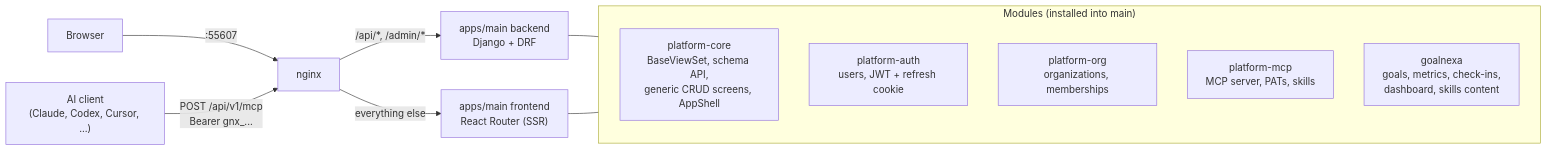
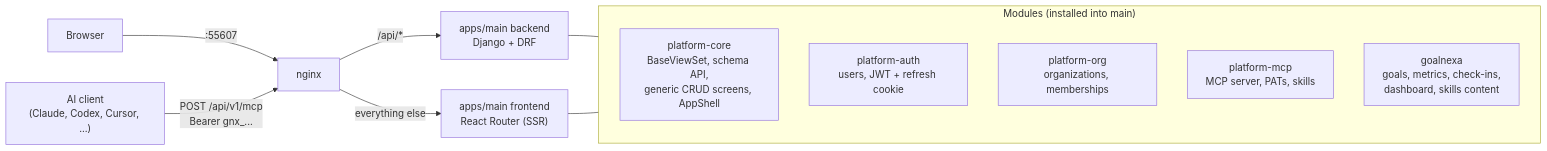
Before and after one commit to PMNexa/GoalNexa: the diagram in README.md, drawn with Mermaid. The commit also changed other lines of this file and 11 other files, not shown here.

First line of the commit message:
Remove the Django admin; healthchecks probe /api/v1/health

````diff
--- a/README.md
+++ b/README.md
@@ -142,16 +142,16 @@
 ```mermaid
 flowchart LR
   browser["Browser"] -->|":55607"| nginx
   ai["AI client<br/>(Claude, Codex, Cursor, ...)"] -->|"POST /api/v1/mcp<br/>Bearer gnx_..."| nginx
-  nginx -->|"/api/*, /admin/*"| backend["apps/main backend<br/>Django + DRF"]
+  nginx -->|"/api/*"| backend["apps/main backend<br/>Django + DRF"]
   nginx -->|"everything else"| frontend["apps/main frontend<br/>React Router (SSR)"]
   subgraph modules["Modules (installed into main)"]
     core["platform-core<br/>BaseViewSet, schema API,<br/>generic CRUD screens, AppShell"]
     auth["platform-auth<br/>users, JWT + refresh cookie"]
     org["platform-org<br/>organizations, memberships"]
     mcp["platform-mcp<br/>MCP server, PATs, skills"]
     gn["goalnexa<br/>goals, metrics, check-ins,<br/>dashboard, skills content"]
   end
   backend --- modules
   frontend --- modules
 ```
````
